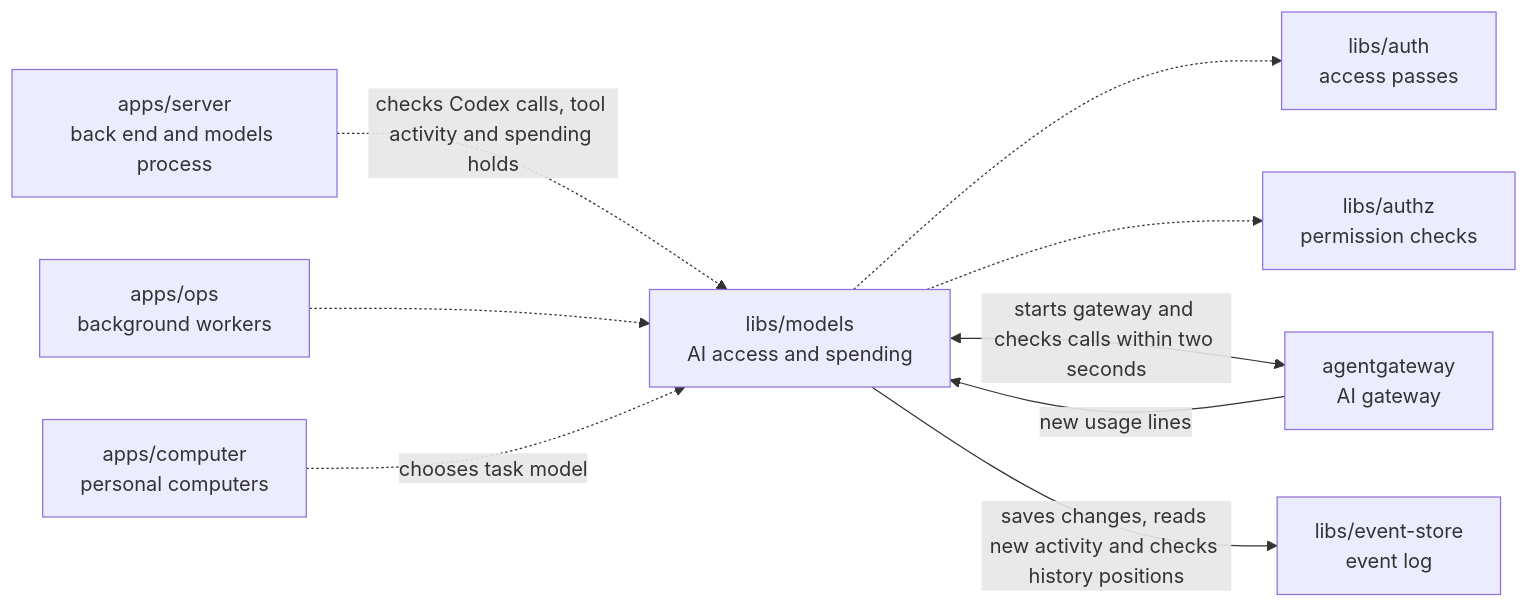
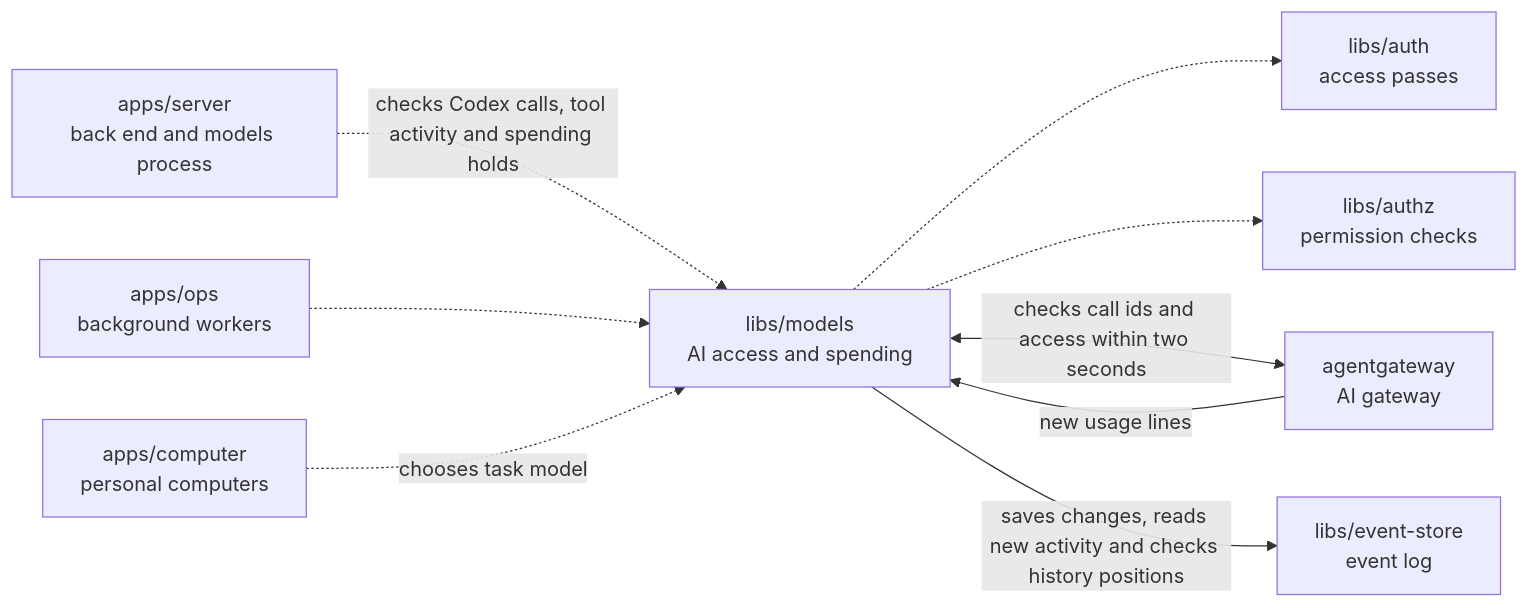
Before and after one commit to elewa-git/opencrane-new: the diagram in libs/models/README.md, drawn with Mermaid. The commit also changed other lines of this file and 11 other files, not shown here.

Commit message:
🔒 Refuse unsafe call ids and repeated tool-name headers

````diff
--- a/libs/models/README.md
+++ b/libs/models/README.md
@@ -11,11 +11,11 @@
 ```mermaid
 flowchart LR
   server["apps/server<br/>back end and models process"] -.->|checks Codex calls, tool activity and spending holds| models["libs/models<br/>AI access and spending"]
   ops["apps/ops<br/>background workers"] -.-> models
   computer["apps/computer<br/>personal computers"] -.->|chooses task model| models
   models -.-> auth["libs/auth<br/>access passes"]
   models -.-> authz["libs/authz<br/>permission checks"]
-  models <-->|starts gateway and checks calls within two seconds| gateway["agentgateway<br/>AI gateway"]
+  models <-->|checks call ids and access within two seconds| gateway["agentgateway<br/>AI gateway"]
   gateway -->|new usage lines| models
   models -->|saves changes, reads new activity and checks history positions| store["libs/event-store<br/>event log"]
 ```
````
